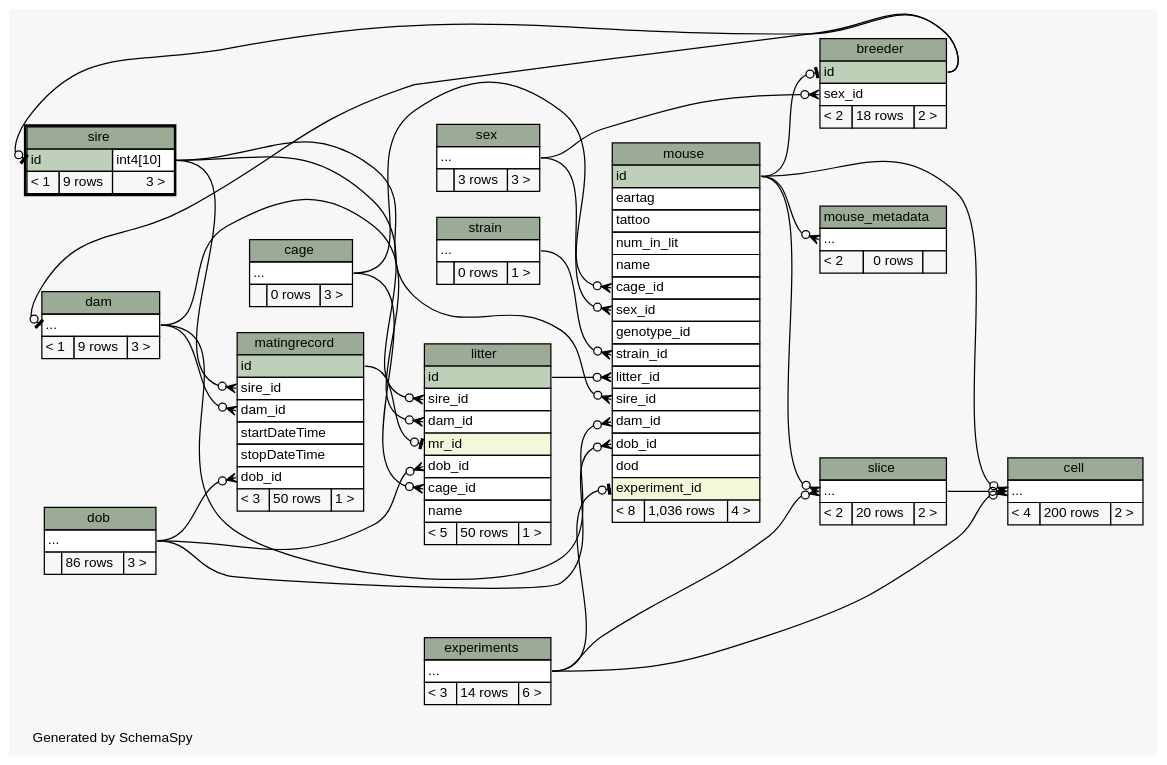
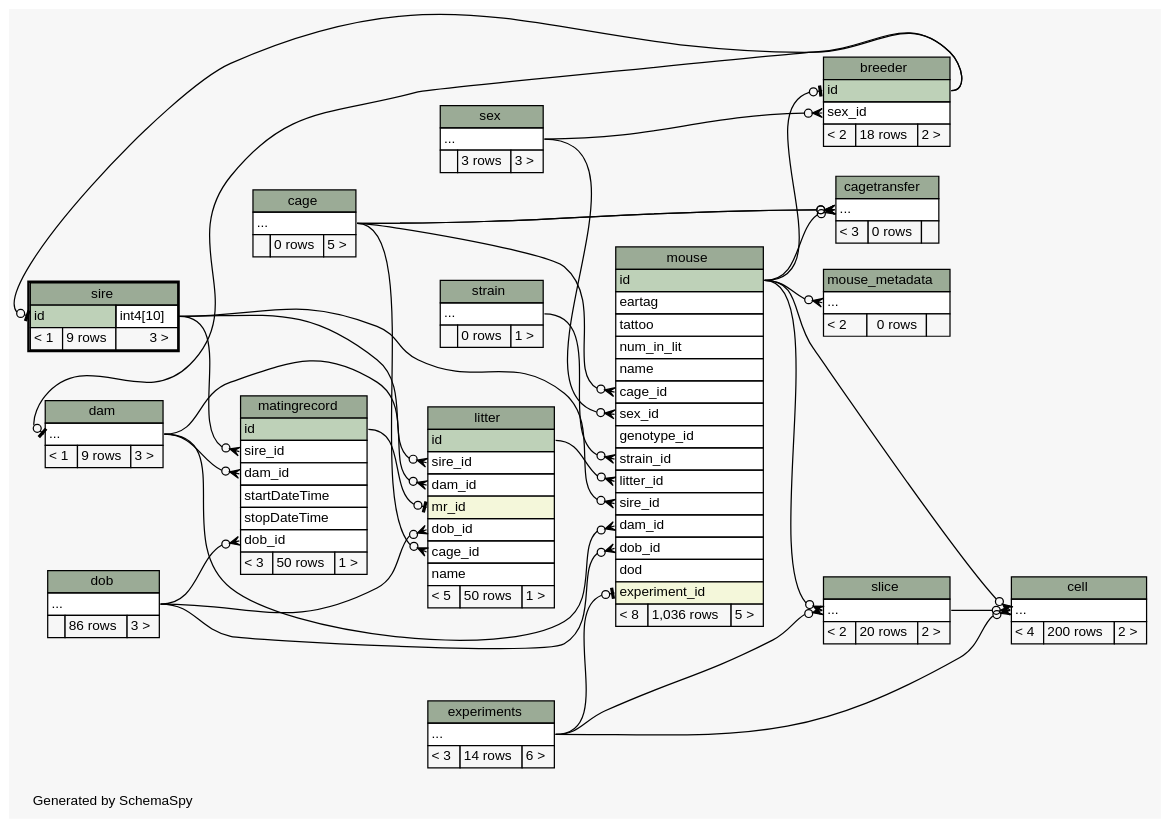
One commit to tgbugs/mlab changed the diagram in database/ss/diagrams/sire.2degrees.dot. Above: the diagram before and after it, drawn with Graphviz. The commit also changed 221 other files, not shown here.

```diff
--- a/database/ss/diagrams/sire.2degrees.dot
+++ b/database/ss/diagrams/sire.2degrees.dot
@@ -21,6 +21,9 @@
   ];
   "breeder":"id":w -> "mouse":"id":e [arrowhead=none dir=back arrowtail=teeodot];
   "breeder":"sex_id":w -> "sex":"elipses":e [arrowhead=none dir=back arrowtail=crowodot];
+  "cagetransfer":"elipses":w -> "mouse":"id":e [arrowhead=none dir=back arrowtail=crowodot];
+  "cagetransfer":"elipses":w -> "cage":"elipses":e [arrowhead=none dir=back arrowtail=crowodot];
+  "cagetransfer":"elipses":w -> "cage":"elipses":e [arrowhead=none dir=back arrowtail=crowodot];
   "cell":"elipses":w -> "experiments":"elipses":e [arrowhead=none dir=back arrowtail=crowodot];
   "cell":"elipses":w -> "mouse":"id":e [arrowhead=none dir=back arrowtail=crowodot];
   "cell":"elipses":w -> "slice":"elipses":e [arrowhead=none dir=back arrowtail=crowodot];
@@ -61,10 +64,20 @@
     <TABLE BORDER="0" CELLBORDER="1" CELLSPACING="0" BGCOLOR="#ffffff">
       <TR><TD COLSPAN="3" BGCOLOR="#9bab96" ALIGN="CENTER">cage</TD></TR>
       <TR><TD PORT="elipses" COLSPAN="3" ALIGN="LEFT">...</TD></TR>
-      <TR><TD ALIGN="LEFT" BGCOLOR="#f7f7f7">  </TD><TD ALIGN="RIGHT" BGCOLOR="#f7f7f7">0 rows</TD><TD ALIGN="RIGHT" BGCOLOR="#f7f7f7">3 &gt;</TD></TR>
+      <TR><TD ALIGN="LEFT" BGCOLOR="#f7f7f7">  </TD><TD ALIGN="RIGHT" BGCOLOR="#f7f7f7">0 rows</TD><TD ALIGN="RIGHT" BGCOLOR="#f7f7f7">5 &gt;</TD></TR>
     </TABLE>>
     URL="cage.html"
     tooltip="cage"
+  ];
+  "cagetransfer" [
+    label=<
+    <TABLE BORDER="0" CELLBORDER="1" CELLSPACING="0" BGCOLOR="#ffffff">
+      <TR><TD COLSPAN="3" BGCOLOR="#9bab96" ALIGN="CENTER">cagetransfer</TD></TR>
+      <TR><TD PORT="elipses" COLSPAN="3" ALIGN="LEFT">...</TD></TR>
+      <TR><TD ALIGN="LEFT" BGCOLOR="#f7f7f7">&lt; 3</TD><TD ALIGN="RIGHT" BGCOLOR="#f7f7f7">0 rows</TD><TD ALIGN="RIGHT" BGCOLOR="#f7f7f7">  </TD></TR>
+    </TABLE>>
+    URL="cagetransfer.html"
+    tooltip="cagetransfer"
   ];
   "cell" [
     label=<
@@ -156,7 +169,7 @@
       <TR><TD PORT="dob_id" COLSPAN="3" ALIGN="LEFT">dob_id</TD></TR>
       <TR><TD PORT="dod" COLSPAN="3" ALIGN="LEFT">dod</TD></TR>
       <TR><TD PORT="experiment_id" COLSPAN="3" BGCOLOR="#f4f7da" ALIGN="LEFT">experiment_id</TD></TR>
-      <TR><TD ALIGN="LEFT" BGCOLOR="#f7f7f7">&lt; 8</TD><TD ALIGN="RIGHT" BGCOLOR="#f7f7f7">1,036 rows</TD><TD ALIGN="RIGHT" BGCOLOR="#f7f7f7">4 &gt;</TD></TR>
+      <TR><TD ALIGN="LEFT" BGCOLOR="#f7f7f7">&lt; 8</TD><TD ALIGN="RIGHT" BGCOLOR="#f7f7f7">1,036 rows</TD><TD ALIGN="RIGHT" BGCOLOR="#f7f7f7">5 &gt;</TD></TR>
     </TABLE>>
     URL="mouse.html"
     tooltip="mouse"
```
